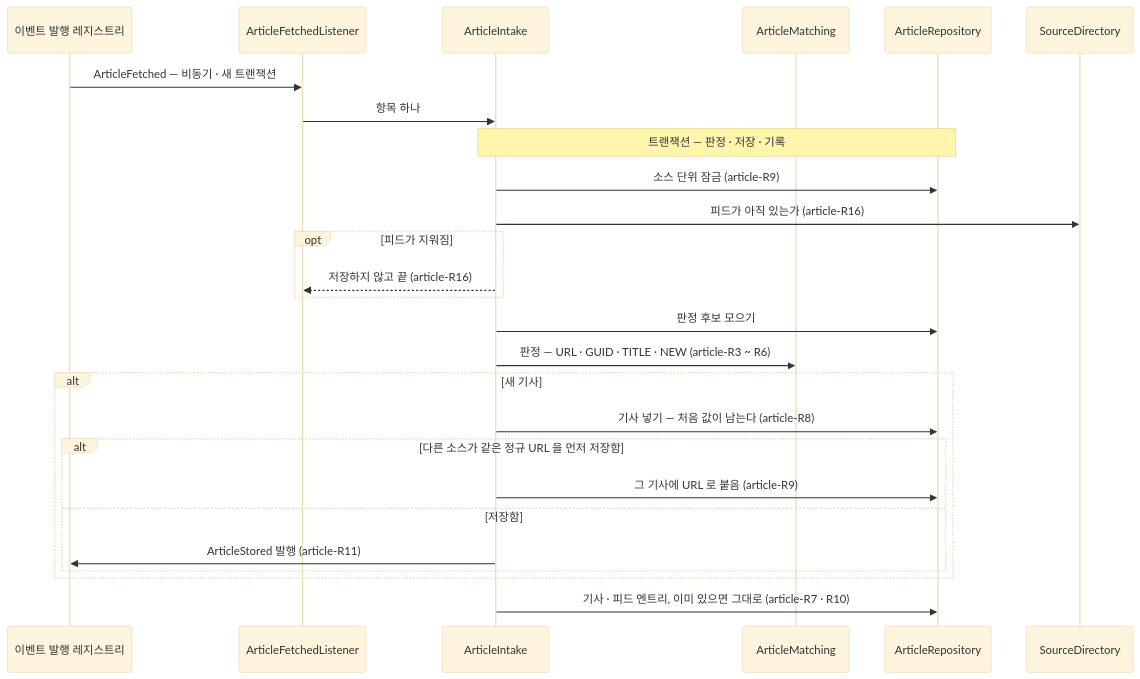
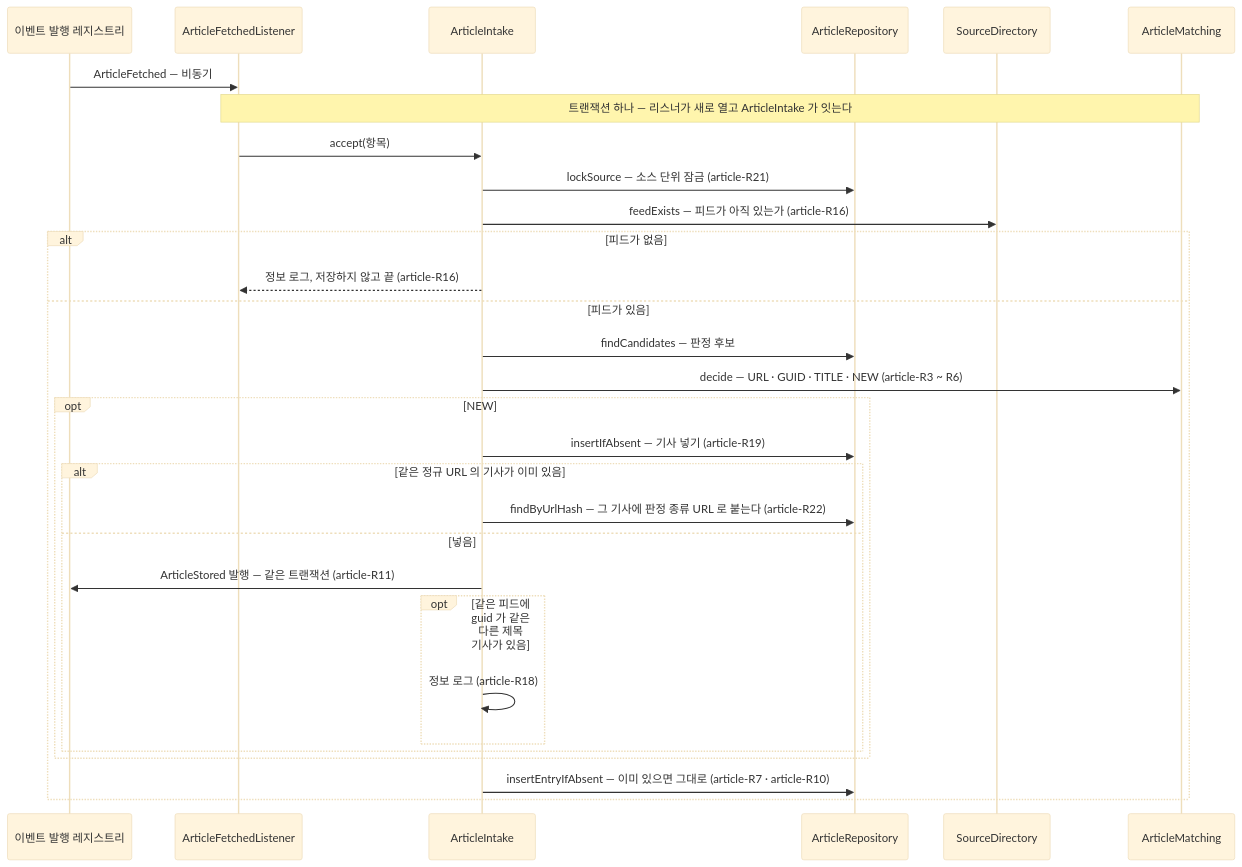
Before and after one commit to Theia0382/yozm-news: the first of 2 diagrams in docs/specs/article.md, drawn with Mermaid (base theme). The commit also changed other lines of this file, not shown here.

First line of the commit message:
docs: article Spec 다시 쓰기 — 규칙 쪼개기 · 시퀀스 그림

````diff
--- a/docs/specs/article.md
+++ b/docs/specs/article.md
@@ -226,29 +254,33 @@
 ```mermaid
 sequenceDiagram
     participant Reg as 이벤트 발행 레지스트리
     participant L as ArticleFetchedListener
     participant I as ArticleIntake
-    participant M as ArticleMatching
     participant Repo as ArticleRepository
     participant Dir as SourceDirectory
+    participant M as ArticleMatching
 
-    Reg->>L: ArticleFetched — 비동기 · 새 트랜잭션
-    L->>I: 항목 하나
-    Note over I,Repo: 트랜잭션 — 판정 · 저장 · 기록
-    I->>Repo: 소스 단위 잠금 (article-R9)
-    I->>Dir: 피드가 아직 있는가 (article-R16)
-    opt 피드가 지워짐
-        I-->>L: 저장하지 않고 끝 (article-R16)
+    Reg->>L: ArticleFetched — 비동기
+    Note over L,M: 트랜잭션 하나 — 리스너가 새로 열고 ArticleIntake 가 잇는다
+    L->>I: accept(항목)
+    I->>Repo: lockSource — 소스 단위 잠금 (article-R21)
+    I->>Dir: feedExists — 피드가 아직 있는가 (article-R16)
+    alt 피드가 없음
+        I-->>L: 정보 로그, 저장하지 않고 끝 (article-R16)
+    else 피드가 있음
+        I->>Repo: findCandidates — 판정 후보
+        I->>M: decide — URL · GUID · TITLE · NEW (article-R3 ~ R6)
+        opt NEW
+            I->>Repo: insertIfAbsent — 기사 넣기 (article-R19)
+            alt 같은 정규 URL 의 기사가 이미 있음
+                I->>Repo: findByUrlHash — 그 기사에 판정 종류 URL 로 붙는다 (article-R22)
+            else 넣음
+                I->>Reg: ArticleStored 발행 — 같은 트랜잭션 (article-R11)
+                opt 같은 피드에 guid 가 같은 다른 제목 기사가 있음
+                    I->>I: 정보 로그 (article-R18)
+                end
+            end
+        end
+        I->>Repo: insertEntryIfAbsent — 이미 있으면 그대로 (article-R7 · article-R10)
     end
-    I->>Repo: 판정 후보 모으기
-    I->>M: 판정 — URL · GUID · TITLE · NEW (article-R3 ~ R6)
-    alt 새 기사
-        I->>Repo: 기사 넣기 — 처음 값이 남는다 (article-R8)
-        alt 다른 소스가 같은 정규 URL 을 먼저 저장함
-            I->>Repo: 그 기사에 URL 로 붙음 (article-R9)
-        else 저장함
-            I->>Reg: ArticleStored 발행 (article-R11)
-        end
-    end
-    I->>Repo: 기사 · 피드 엔트리, 이미 있으면 그대로 (article-R7 · R10)
 ```
````
